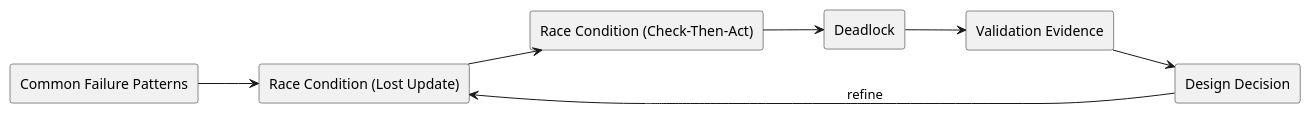
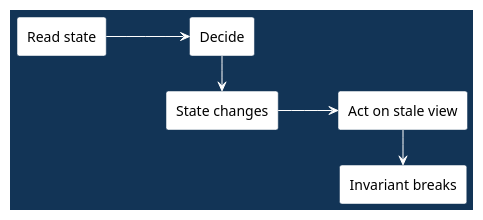
The third of 8 diagrams in doc/lectures/week8/failure_patterns/README.slides.adoc (madajaju/CS5254), drawn with PlantUML before and after one commit. The commit also changed other lines of this file and 2 other files, not shown here.

```diff
--- a/doc/lectures/week8/failure_patterns/README.slides.adoc
+++ b/doc/lectures/week8/failure_patterns/README.slides.adoc
@@ -54,22 +69,27 @@
-[plantuml, target=architecture, format=svg, width=80%]
-----
+[plantuml,width=100%]
+....
 @startuml
-skinparam monochrome true
-skinparam shadowing false
+skinparam BackgroundColor #123456
+skinparam DefaultFontColor black
+skinparam ArrowColor white
+skinparam ArrowFontColor #ffd166
+skinparam ArrowFontStyle bold
+skinparam ArrowFontSize 16
+skinparam RectangleBackgroundColor white
+skinparam RectangleFontColor black
+skinparam RectangleBorderColor #123456
+skinparam BorderColor #123456
 left to right direction
 
-rectangle "Common Failure Patterns" as Topic
-rectangle "Race Condition (Lost Update)" as A
-rectangle "Race Condition (Check-Then-Act)" as B
-rectangle "Deadlock" as C
-rectangle "Validation Evidence" as V
-rectangle "Design Decision" as D
+rectangle "Read state" as R
+rectangle "Decide" as D
+rectangle "State changes" as C
+rectangle "Act on stale view" as A
+rectangle "Invariant breaks" as I
 
-Topic --> A
-A --> B
-B --> C
-C --> V
-V --> D
-D --> A : refine
+R --> D
+D -> C
+C --> A
+A -> I
 @enduml
-----
+....
```
